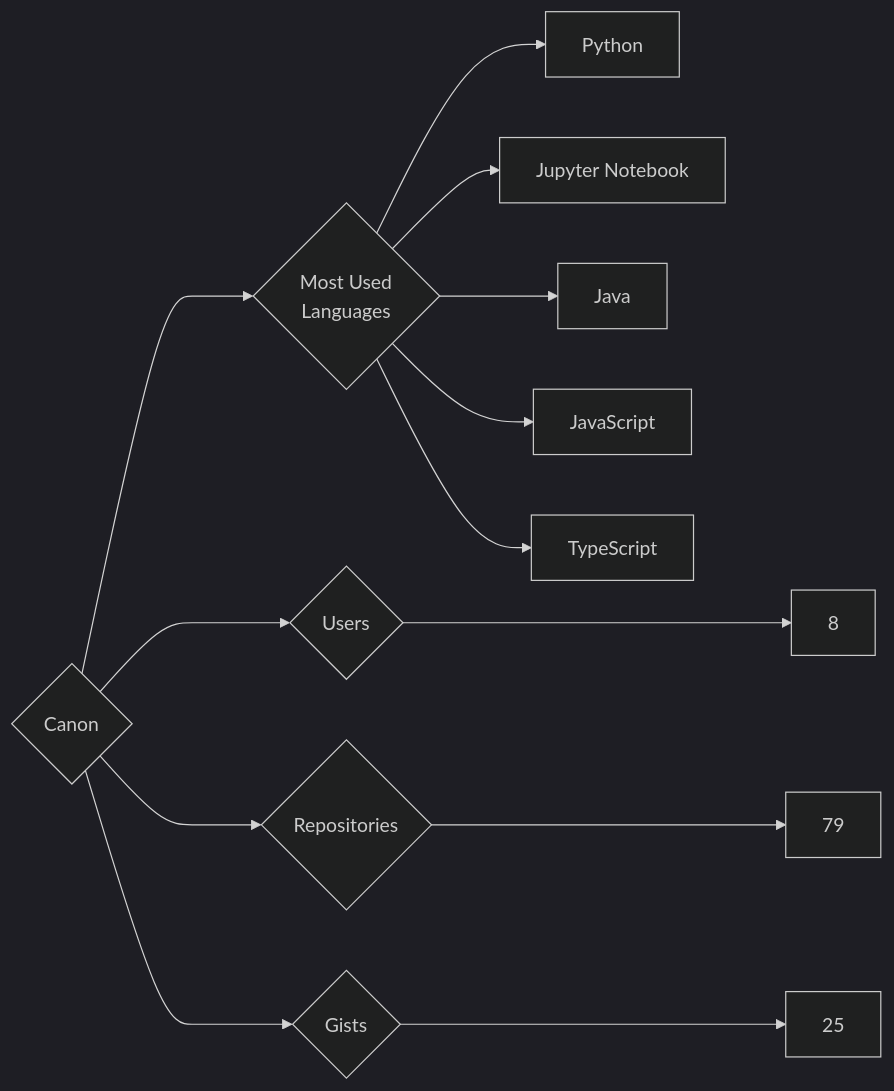
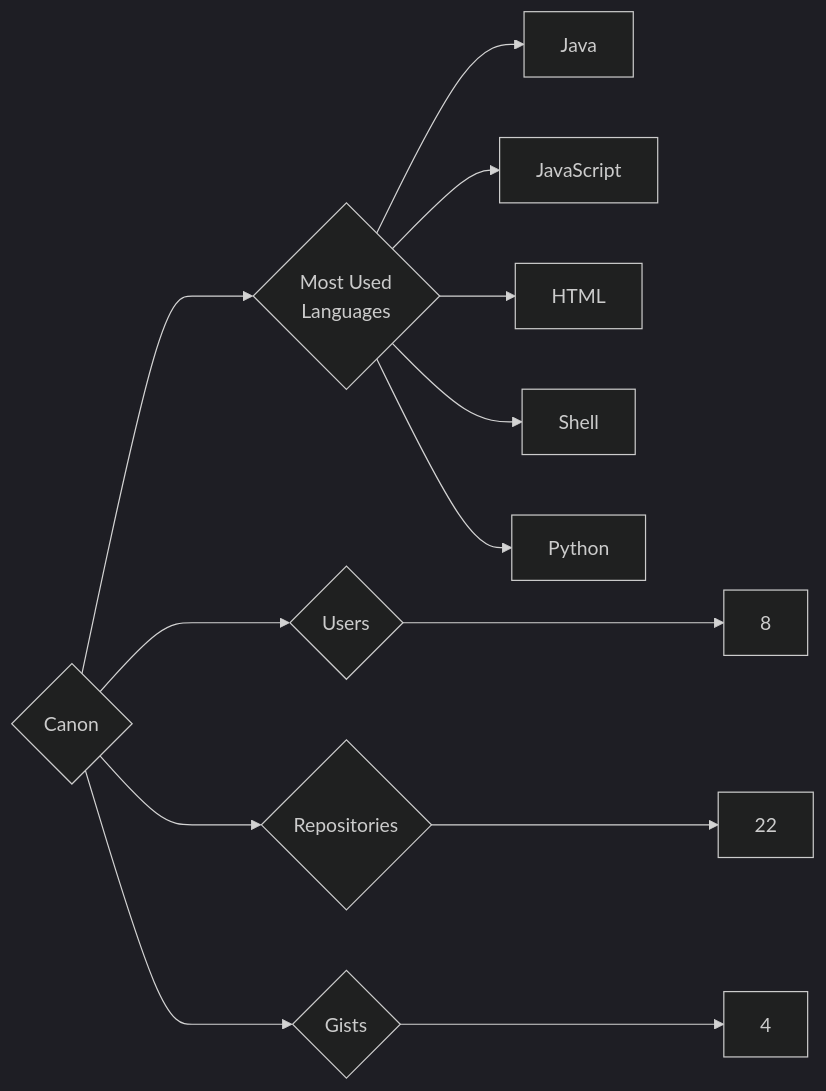
The diagram in targets/Canon/README.md (trickest/insiders), drawn with Mermaid (dark theme) before and after one commit. The commit also changed 870 other files, not shown here.

````diff
--- a/targets/Canon/README.md
+++ b/targets/Canon/README.md
@@ -3,13 +3,13 @@
 ```mermaid
 graph LR
 COMPANY_NAME{Canon}
 COMPANY_NAME ---> U{Users} ---> UN[8]
-COMPANY_NAME ---> R{Repositories} ---> RN[79]
-COMPANY_NAME ---> G{Gists} ---> GN[25]
+COMPANY_NAME ---> R{Repositories} ---> RN[22]
+COMPANY_NAME ---> G{Gists} ---> GN[4]
 COMPANY_NAME ---> ML{Most Used<br>Languages}
-ML --> Python[Python]
-ML --> Jupyter_Notebook[Jupyter Notebook]
 ML --> Java[Java]
 ML --> JavaScript[JavaScript]
-ML --> TypeScript[TypeScript]
+ML --> HTML[HTML]
+ML --> Shell[Shell]
+ML --> Python[Python]
 ```
````
